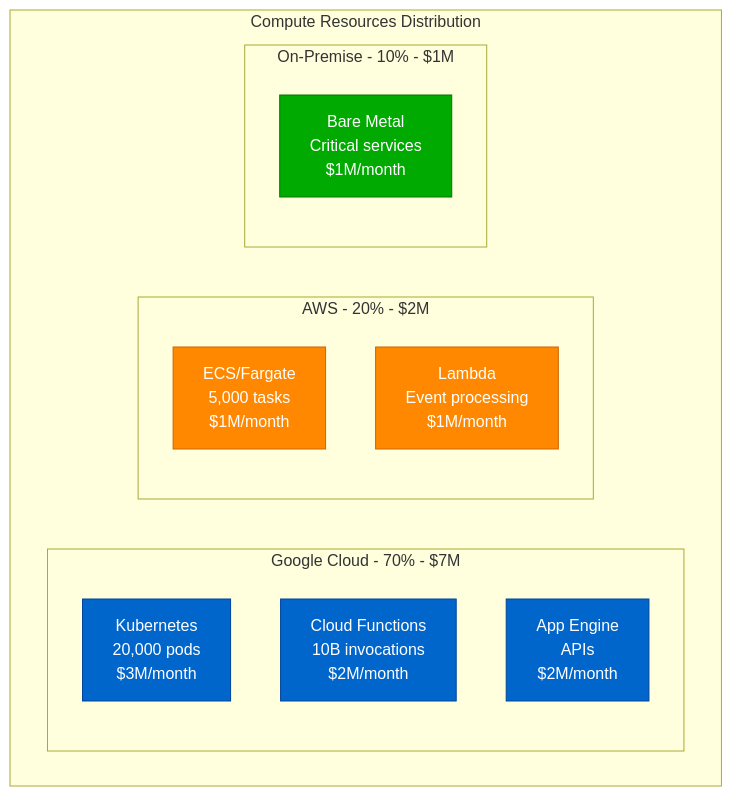
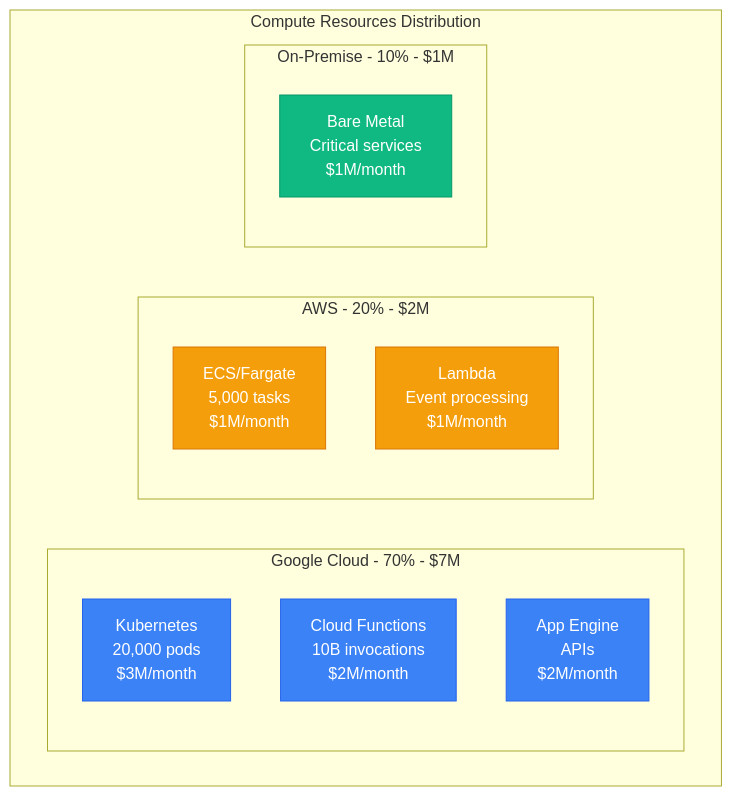
The fourth of 9 diagrams in site/docs/costs/spotify-infrastructure-breakdown.md (deepaucksharma/DS), drawn with Mermaid before and after one commit. The commit also changed other lines of this file and 303 other files, not shown here.

````diff
--- a/site/docs/costs/spotify-infrastructure-breakdown.md
+++ b/site/docs/costs/spotify-infrastructure-breakdown.md
@@ -124,28 +124,28 @@
 ```mermaid
 graph TB
     subgraph ComputeBreakdown[Compute Resources Distribution]
         subgraph GCP[Google Cloud - 70% - $7M]
             GKE[Kubernetes<br/>20,000 pods<br/>$3M/month]
             FUNCTIONS[Cloud Functions<br/>10B invocations<br/>$2M/month]
             APPENGINE[App Engine<br/>APIs<br/>$2M/month]
         end
 
         subgraph AWS[AWS - 20% - $2M]
             ECS[ECS/Fargate<br/>5,000 tasks<br/>$1M/month]
             LAMBDA[Lambda<br/>Event processing<br/>$1M/month]
         end
 
         subgraph OnPrem[On-Premise - 10% - $1M]
             BARE[Bare Metal<br/>Critical services<br/>$1M/month]
         end
     end
 
     %% Apply colors
-    classDef gcpStyle fill:#0066CC,stroke:#004499,color:#fff
-    classDef awsStyle fill:#FF8800,stroke:#CC6600,color:#fff
-    classDef onpremStyle fill:#00AA00,stroke:#007700,color:#fff
+    classDef gcpStyle fill:#3B82F6,stroke:#2563EB,color:#fff
+    classDef awsStyle fill:#F59E0B,stroke:#D97706,color:#fff
+    classDef onpremStyle fill:#10B981,stroke:#059669,color:#fff
 
     class GKE,FUNCTIONS,APPENGINE gcpStyle
     class ECS,LAMBDA awsStyle
     class BARE onpremStyle
 ```
````
